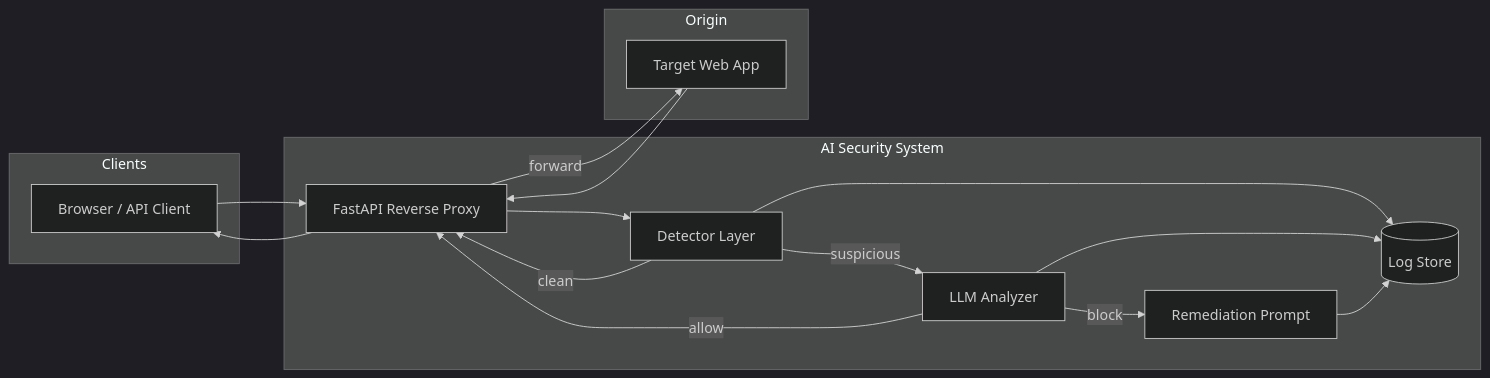
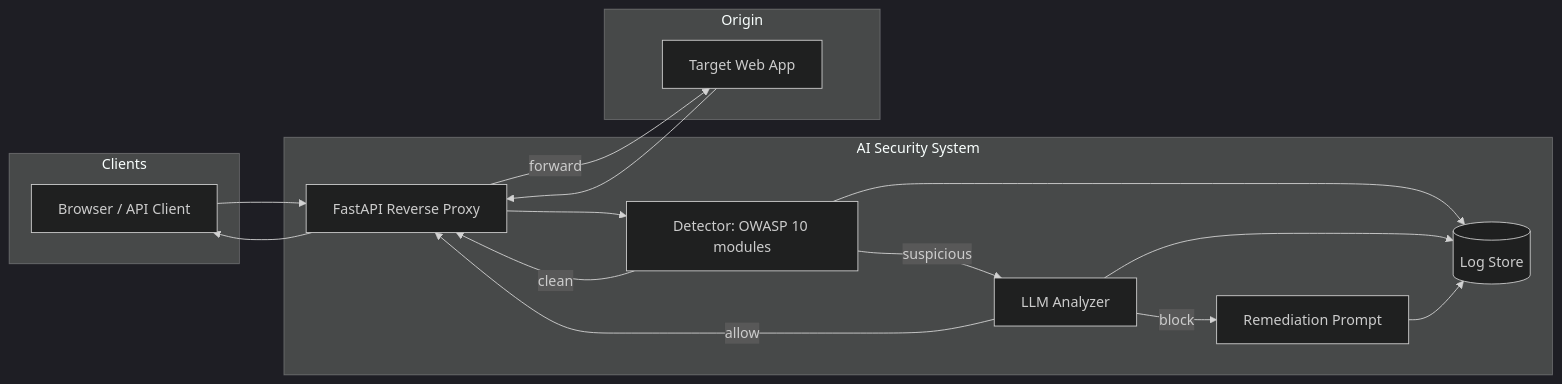
One commit to Jimin051004/ai-security-system changed the diagram in PLAN.md. Above: the diagram before and after it, drawn with Mermaid (dark theme). The commit also changed other lines of this file, not shown here.

First line of the commit message:
docs(PLAN): OWASP Top 10 as ten modules, remove phased roadmap

````diff
--- a/PLAN.md
+++ b/PLAN.md
@@ -51,28 +51,28 @@
 ```mermaid
 flowchart LR
   subgraph clients [Clients]
     B[Browser / API Client]
   end
   subgraph waf [AI Security System]
     P[FastAPI Reverse Proxy]
-    D[Detector Layer]
+    D["Detector: OWASP 10 modules"]
     AI[LLM Analyzer]
     R[Remediation Prompt]
     L[(Log Store)]
   end
   subgraph origin [Origin]
     U[Target Web App]
   end
   B --> P
   P --> D
   D -->|clean| P
   D -->|suspicious| AI
   AI -->|allow| P
   AI -->|block| R
   P -->|forward| U
   U --> P
   P --> B
   D --> L
   AI --> L
   R --> L
 ```
````
